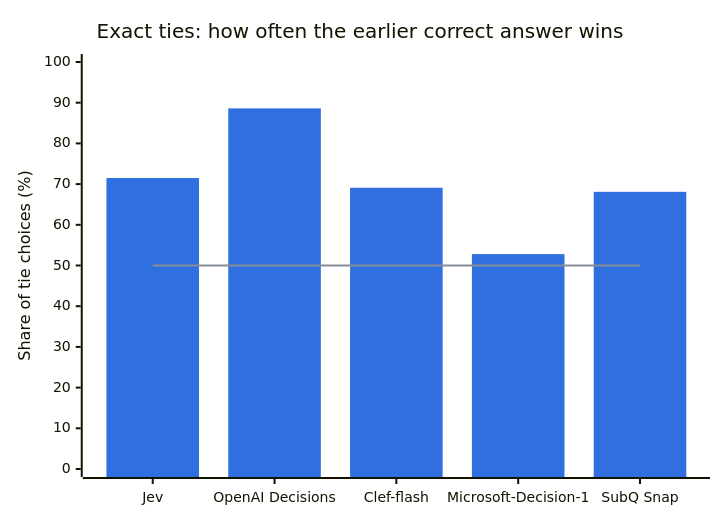
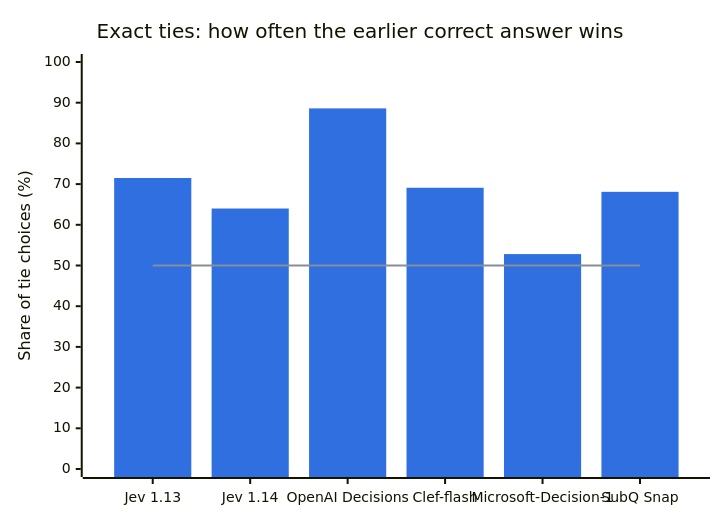
Before and after one commit to dorkitude/order-blind-decisions: the third of 3 diagrams in results/analysis.md, drawn with Mermaid. The commit also changed other lines of this file and 15 other files, not shown here.

````diff
--- a/results/analysis.md
+++ b/results/analysis.md
@@ -158,9 +189,9 @@
 ```mermaid
 %%{init: {"themeVariables": {"xyChart": {"plotColorPalette": "#2f6fdf, #868e96"}}}}%%
 xychart-beta
     title "Exact ties: how often the earlier correct answer wins"
-    x-axis ["Jev", "OpenAI Decisions", "Clef-flash", "Microsoft-Decision-1", "SubQ Snap"]
+    x-axis ["Jev 1.13", "Jev 1.14", "OpenAI Decisions", "Clef-flash", "Microsoft-Decision-1", "SubQ Snap"]
     y-axis "Share of tie choices (%)" 0 --> 100
-    bar [71.5, 88.6, 69.1, 52.8, 68.1]
-    line [50, 50, 50, 50, 50]
+    bar [71.5, 64.0, 88.6, 69.1, 52.8, 68.1]
+    line [50, 50, 50, 50, 50, 50]
 ```
````
